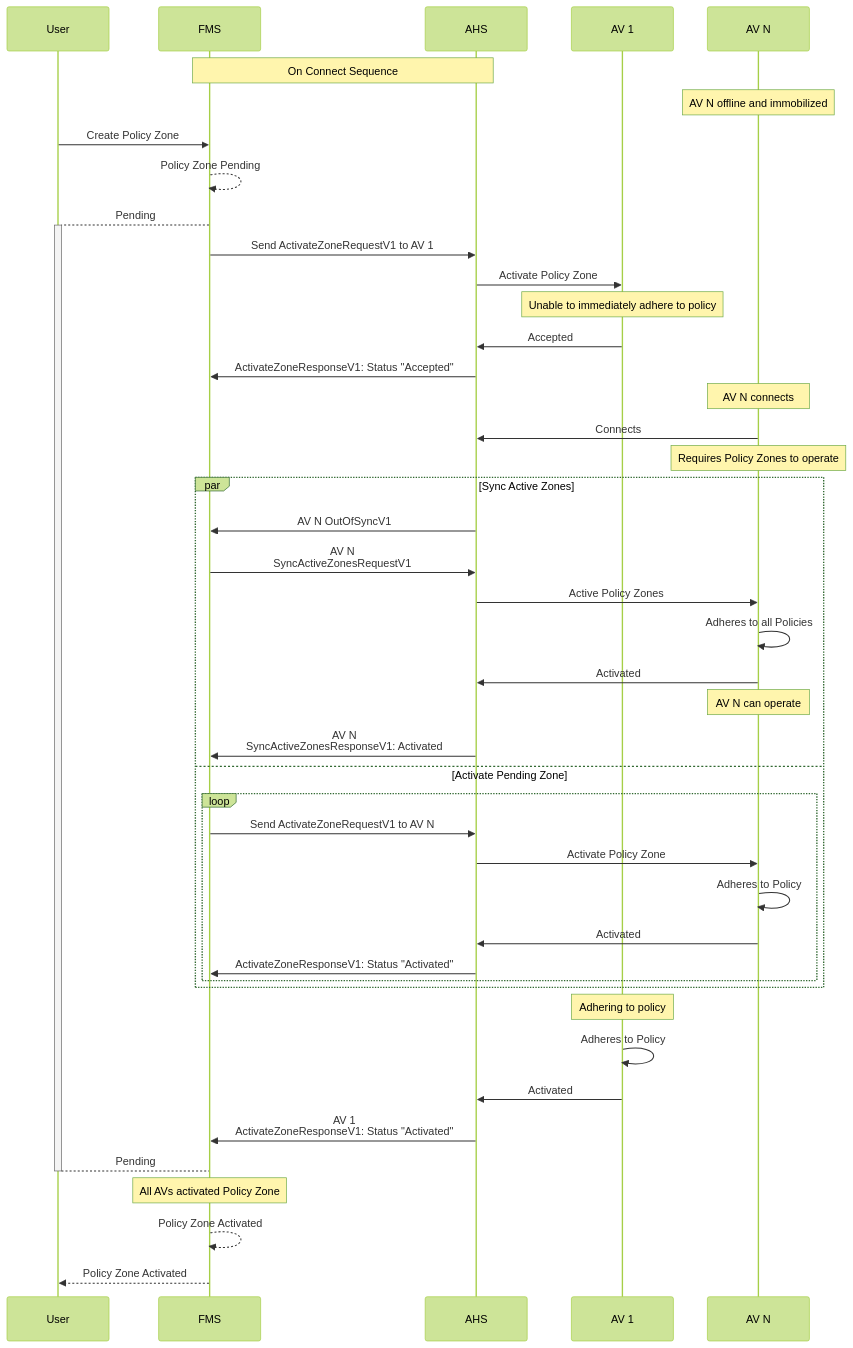
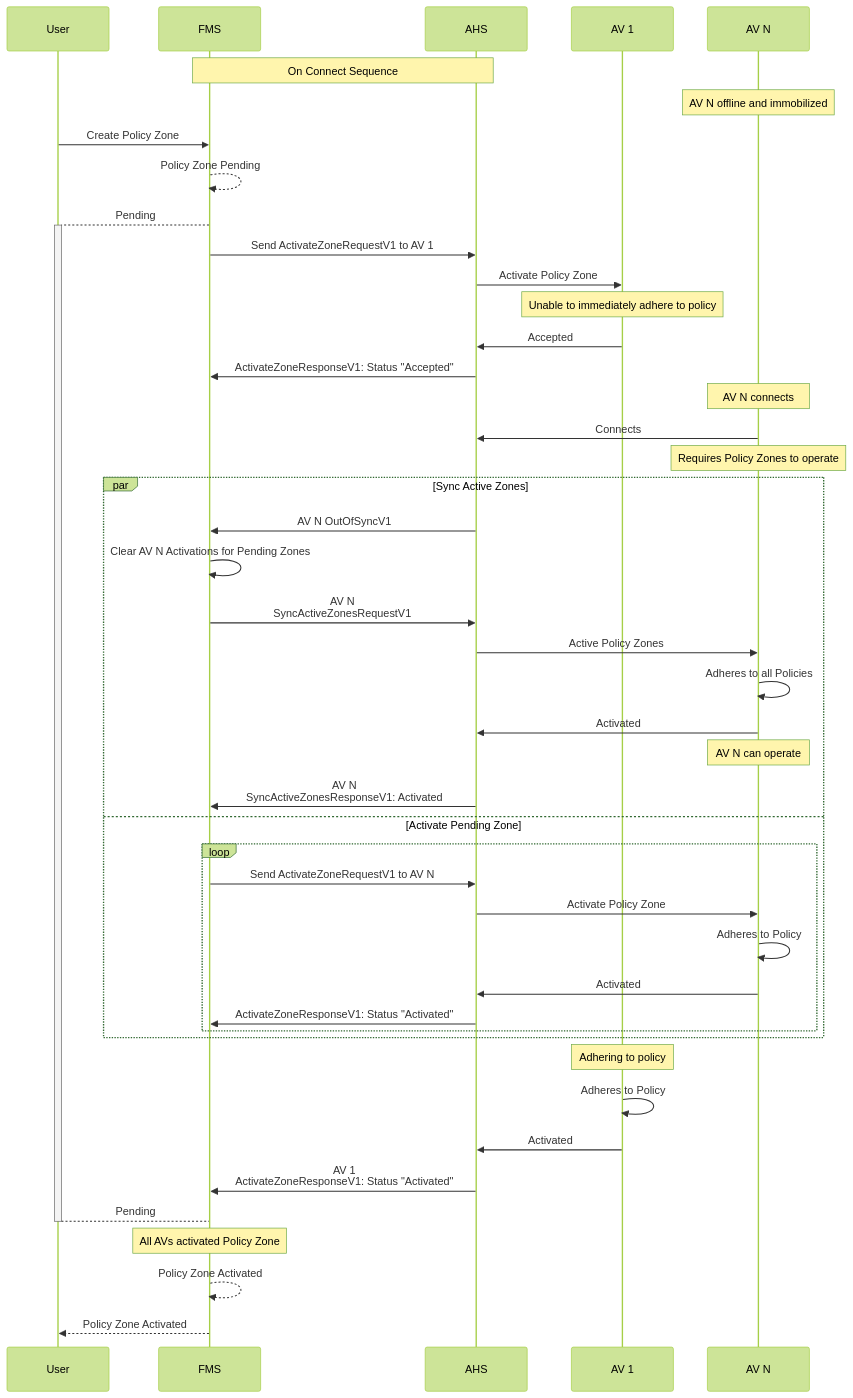
Before and after one commit to open-autonomy/zone: the second of 3 diagrams in diagram/Synchronization.md, drawn with Mermaid (forest theme). The commit also changed other lines of this file, not shown here.

Commit message:
Updated sync for fms to clear pending activations for an AV after receiving OutOfSync

````diff
--- a/diagram/Synchronization.md
+++ b/diagram/Synchronization.md
@@ -41,59 +42,61 @@
 ```mermaid
 sequenceDiagram
     participant User
     participant FMS
     participant AHS
     participant AV 1
     participant AV N
 
     Note over FMS,AHS: On Connect Sequence
     Note over AV N: AV N offline and immobilized
 
     User->>FMS: Create Policy Zone
     FMS-->>FMS: Policy Zone Pending
     FMS-->+User: Pending
 
     FMS->>AHS: Send ActivateZoneRequestV1 to AV 1
+
     AHS->>AV 1: Activate Policy Zone
     Note over AV 1: Unable to immediately adhere to policy
     AV 1->>AHS: Accepted
     AHS->>FMS: ActivateZoneResponseV1: Status "Accepted"
 
     Note Over AV N: AV N connects
 
     AV N->>AHS: Connects
     Note Over AV N: Requires Policy Zones to operate
 
     par Sync Active Zones
         AHS->>FMS: AV N OutOfSyncV1
+        FMS->>FMS: Clear AV N Activations for Pending Zones
 
         FMS->>AHS: AV N <br/> SyncActiveZonesRequestV1
         AHS->>AV N: Active Policy Zones
         AV N->>AV N: Adheres to all Policies
         AV N->>AHS: Activated
         Note over AV N: AV N can operate
 
         AHS->>FMS: AV N <br/> SyncActiveZonesResponseV1: Activated
     and Activate Pending Zone
         loop
             FMS->>AHS: Send ActivateZoneRequestV1 to AV N
             AHS->>AV N: Activate Policy Zone
             AV N->>AV N: Adheres to Policy
             AV N->>AHS: Activated
             AHS->>FMS: ActivateZoneResponseV1: Status "Activated"
         end
     end
 
     Note Over AV 1: Adhering to policy
     AV 1->>AV 1: Adheres to Policy
     AV 1->>AHS: Activated
      AHS->>FMS: AV 1 <br/> ActivateZoneResponseV1: Status "Activated"
 
 
     User-->-FMS: Pending
 
     Note Over FMS: All AVs activated Policy Zone
     FMS-->>FMS: Policy Zone Activated
 
     FMS-->>User: Policy Zone Activated
 ```
````
